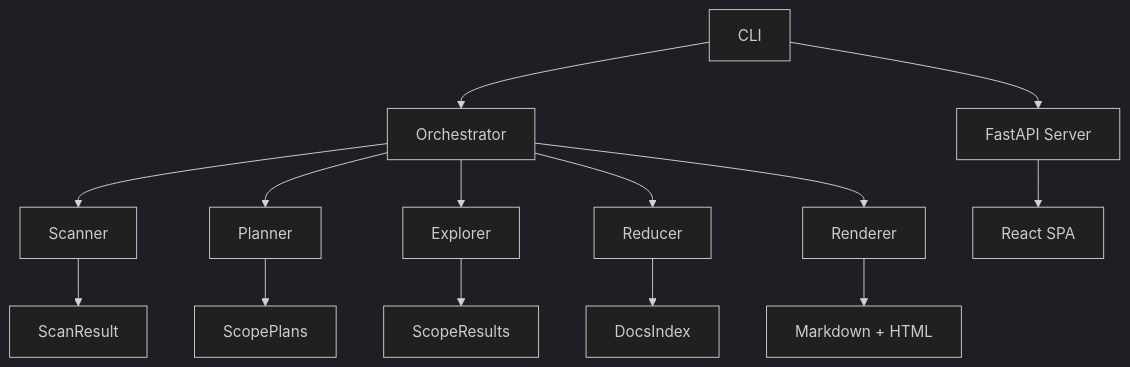
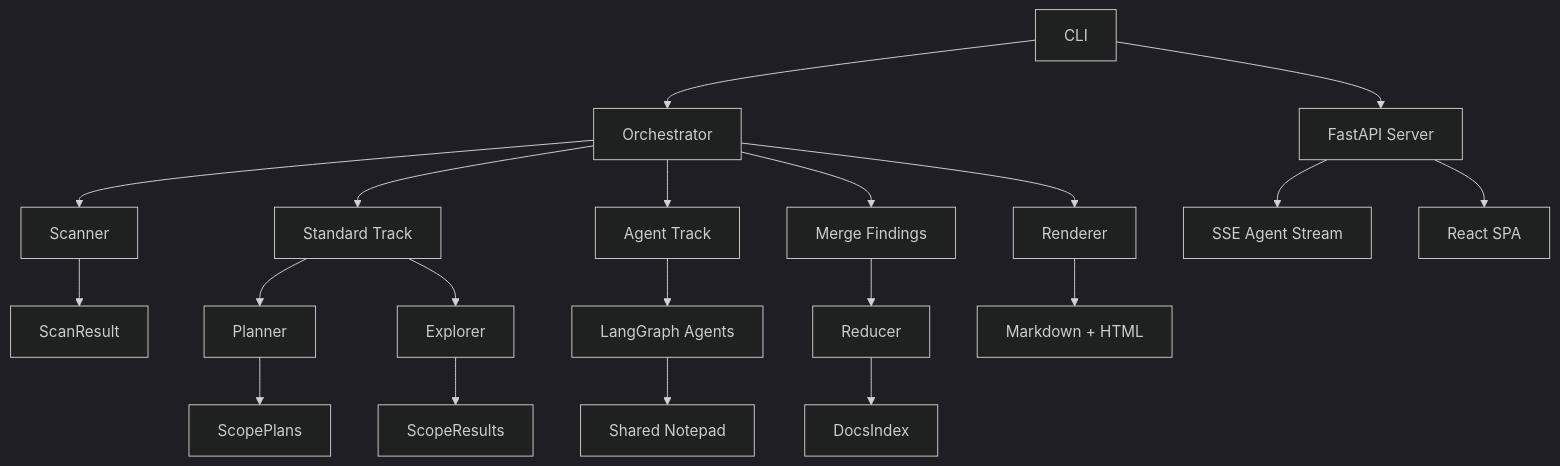
Before and after one commit to Doomsy1/docbot: the diagram in README.md, drawn with Mermaid (dark theme). The commit also changed other lines of this file and 38 other files, not shown here.

````diff
--- a/README.md
+++ b/README.md
@@ -134,16 +160,22 @@
 ```mermaid
 graph TD
     CLI --> Orchestrator
     Orchestrator --> Scanner
     Scanner --> ScanResult
-    Orchestrator --> Planner
+    Orchestrator --> StandardTrack[Standard Track]
+    StandardTrack --> Planner
     Planner --> ScopePlans
-    Orchestrator --> Explorer
+    StandardTrack --> Explorer
     Explorer --> ScopeResults
-    Orchestrator --> Reducer
+    Orchestrator --> AgentTrack[Agent Track]
+    AgentTrack --> LangGraph[LangGraph Agents]
+    LangGraph --> NotepadStore[Shared Notepad]
+    Orchestrator --> Merge[Merge Findings]
+    Merge --> Reducer
     Reducer --> DocsIndex
     Orchestrator --> Renderer
     Renderer --> Output[Markdown + HTML]
     CLI --> Server[FastAPI Server]
+    Server --> SSE[SSE Agent Stream]
     Server --> Webapp[React SPA]
 ```
````
